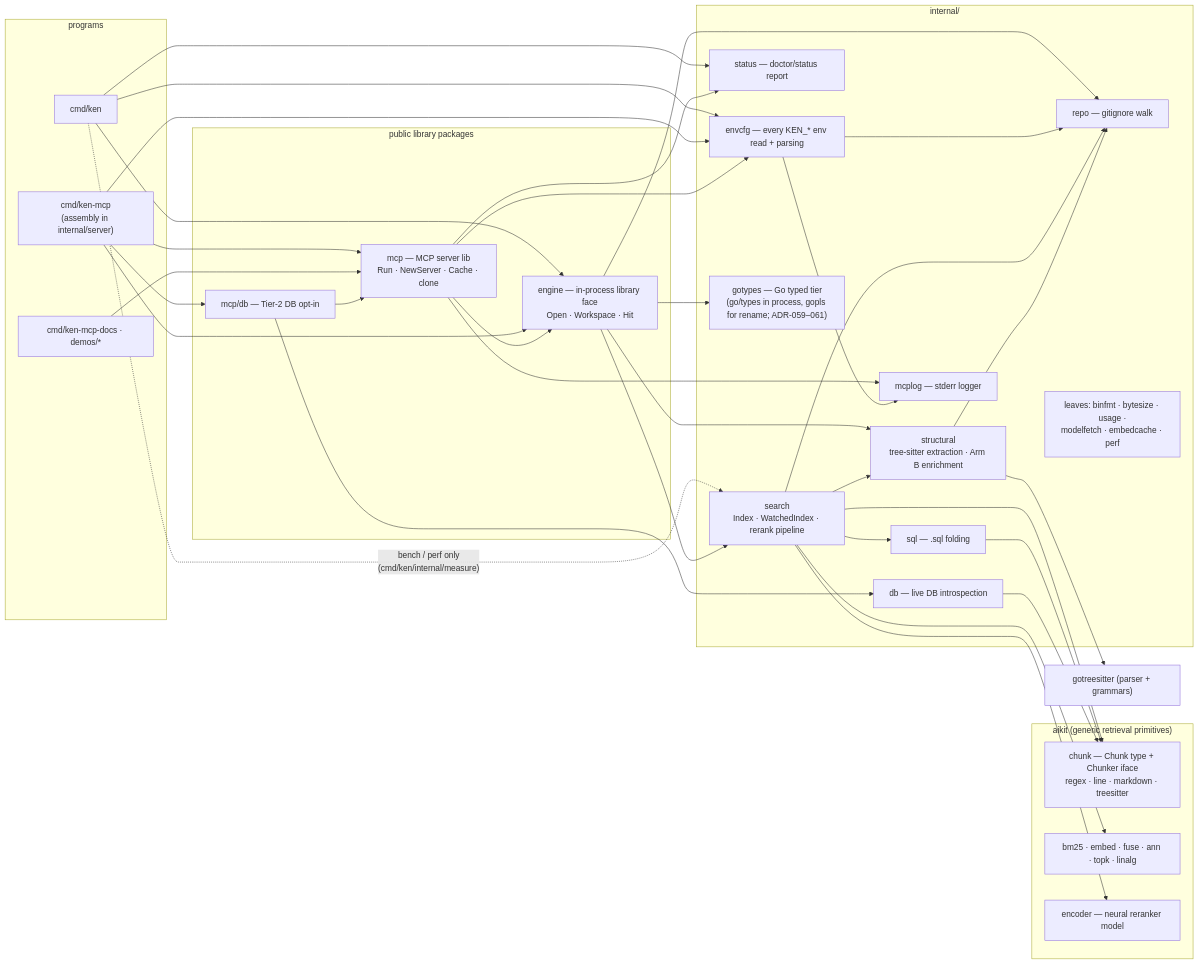
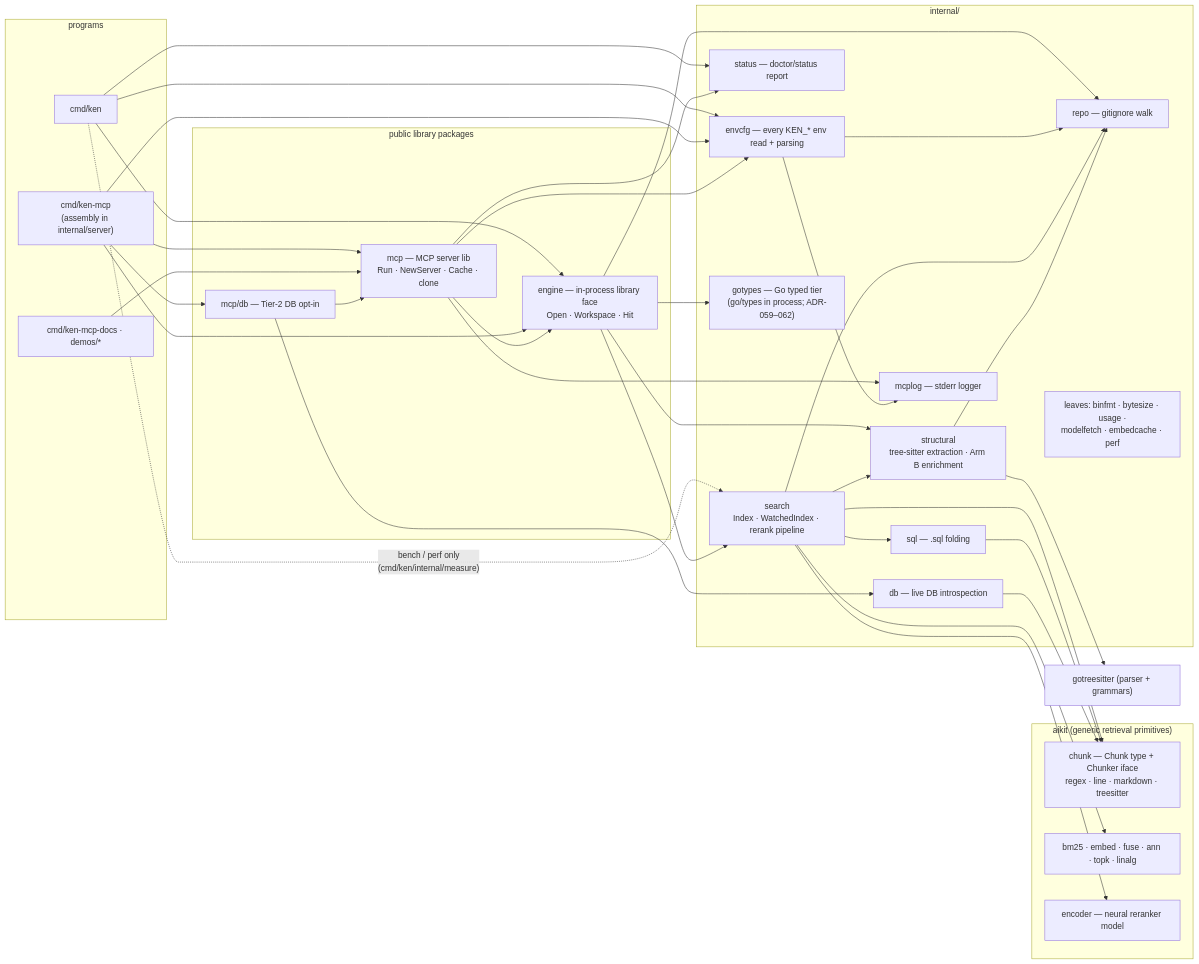
The first of 2 diagrams in ARCHITECTURE.md (townsendmerino/ken), drawn with Mermaid before and after one commit. The commit also changed other lines of this file and 29 other files, not shown here.

````diff
--- a/ARCHITECTURE.md
+++ b/ARCHITECTURE.md
@@ -15,44 +15,44 @@
 ```mermaid
 graph LR
     subgraph aikit ["aikit (generic retrieval primitives)"]
         chunk["chunk — Chunk type + Chunker iface<br/>regex · line · markdown · treesitter"]
         retr["bm25 · embed · fuse · ann · topk · linalg"]
         encoder["encoder — neural reranker model"]
     end
     gts["gotreesitter (parser + grammars)"]
     subgraph programs ["programs"]
         ken["cmd/ken"]
         kenmcp["cmd/ken-mcp<br/>(assembly in internal/server)"]
         embedded["cmd/ken-mcp-docs · demos/*"]
     end
     subgraph public ["public library packages"]
         engine["engine — in-process library face<br/>Open · Workspace · Hit"]
         mcppkg["mcp — MCP server lib<br/>Run · NewServer · Cache · clone"]
         mcpdb["mcp/db — Tier-2 DB opt-in"]
     end
     subgraph internal ["internal/"]
         search["search<br/>Index · WatchedIndex · rerank pipeline"]
         structural["structural<br/>tree-sitter extraction · Arm B enrichment"]
         repo["repo — gitignore walk"]
         sqlpkg["sql — .sql folding"]
         dbpkg["db — live DB introspection"]
         status["status — doctor/status report"]
         envcfg["envcfg — every KEN_* env read + parsing"]
         mcplog["mcplog — stderr logger"]
-        gotypes["gotypes — Go typed tier<br/>(go/types in process, gopls for rename; ADR-059–061)"]
+        gotypes["gotypes — Go typed tier<br/>(go/types in process; ADR-059–062)"]
         small["leaves: binfmt · bytesize · usage ·<br/>modelfetch · embedcache · perf"]
     end
     ken --> engine & status & envcfg
     ken -. "bench / perf only<br/>(cmd/ken/internal/measure)" .-> search
     kenmcp --> engine & mcppkg & mcpdb & envcfg
     embedded --> mcppkg
     engine --> search & structural & repo & gotypes
     mcppkg --> engine & status & mcplog & envcfg
     mcpdb --> mcppkg & dbpkg
     envcfg --> mcplog & repo
     search --> structural & repo & sqlpkg
     structural --> repo
     search --> chunk & retr & encoder
     structural --> gts
     sqlpkg & dbpkg --> chunk
 ```
````
